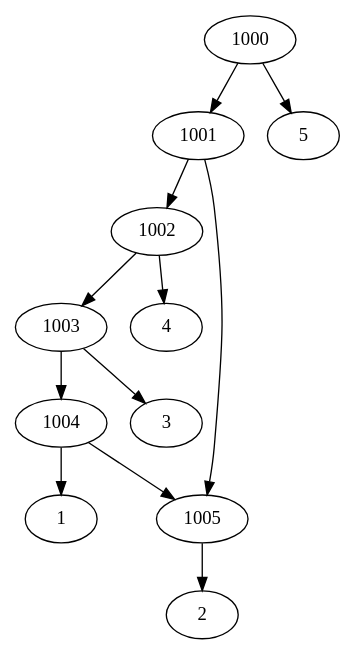
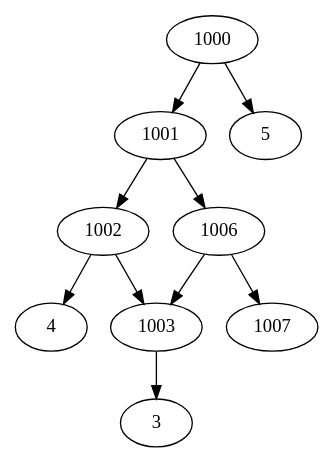
One commit to iharnoor/PhylogeneticsWebsite changed the diagram in ParsingTxt/Launcher/upload.dot. Above: the diagram before and after it, drawn with Graphviz. The commit also changed 5 other files, not shown here.

```diff
--- a/ParsingTxt/Launcher/upload.dot
+++ b/ParsingTxt/Launcher/upload.dot
@@ -1,14 +1,12 @@
 strict digraph G1 {
 1000 -> 1001
 1000 -> 5
 1001 -> 1002
-1001 -> 1005
+1001 -> 1006
 1002 -> 1003
 1002 -> 4
-1003 -> 1004
 1003 -> 3
-1004 -> 1005
-1004 -> 1
-1005 -> 2
-1005 -> 2
+1006 -> 1007
+1006 -> 1003
+1003 -> 3
 }
```
